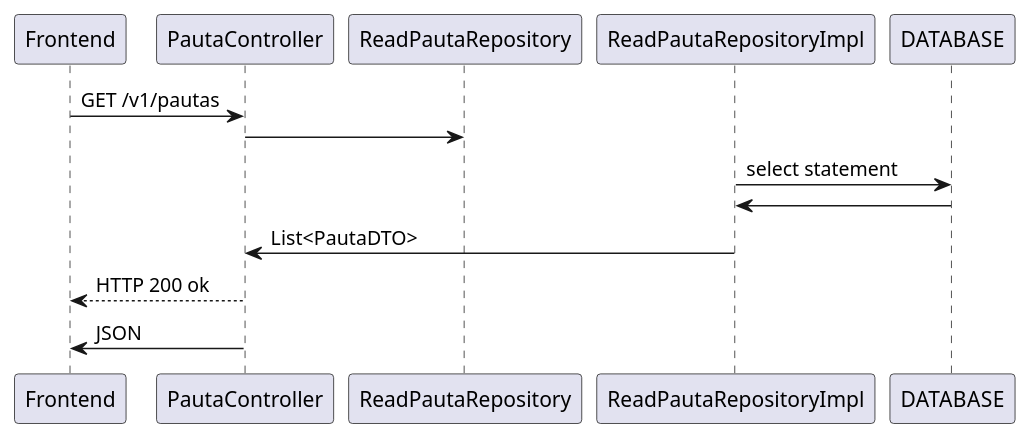
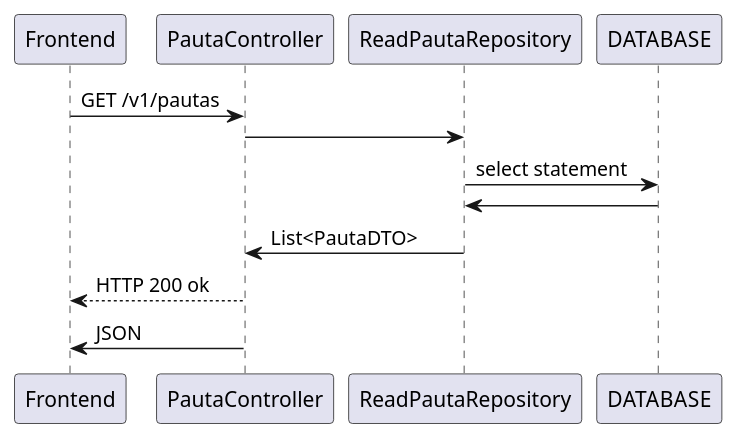
Before and after one commit to edilsonnascimento/assembleiaCooperados: the diagram in src/01-read-list-all-pautas.puml, drawn with PlantUML. The commit also changed 5 other files, not shown here.

Commit message:
Adicionado interface Repository para read.

```diff
--- a/src/01-read-list-all-pautas.puml
+++ b/src/01-read-list-all-pautas.puml
@@ -1,9 +1,9 @@
 @startuml
 Frontend -> PautaController: GET /v1/pautas
 PautaController -> ReadPautaRepository
-ReadPautaRepositoryImpl -> DATABASE: select statement
-DATABASE -> ReadPautaRepositoryImpl
-ReadPautaRepositoryImpl -> PautaController: List<PautaDTO>
+ReadPautaRepository -> DATABASE: select statement
+DATABASE -> ReadPautaRepository
+ReadPautaRepository -> PautaController: List<PautaDTO>
 PautaController --> Frontend: HTTP 200 ok
 PautaController -> Frontend: JSON
 @enduml
```
